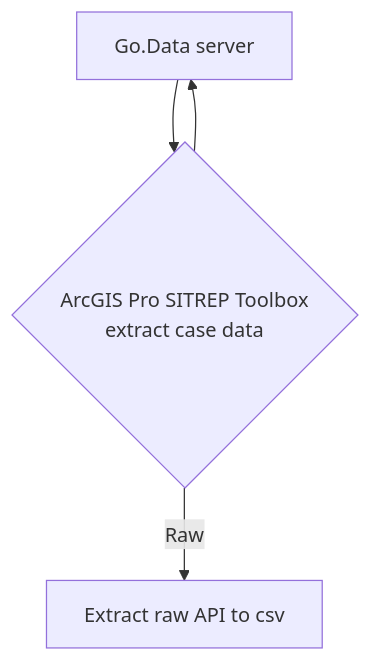
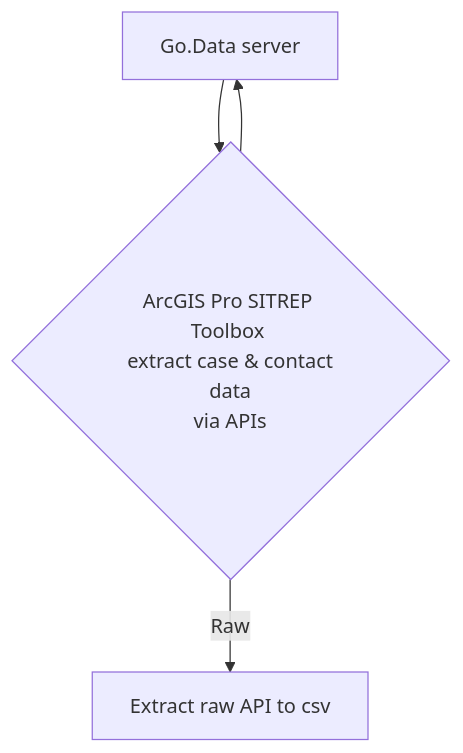
The diagram in README.md (LangsterGA/mermaid), drawn with Mermaid before and after one commit.

````diff
--- a/README.md
+++ b/README.md
@@ -3,6 +3,6 @@
 ```mermaid
   graph TD
-    A[Go.Data server]--> B{ArcGIS Pro SITREP Toolbox <br/> extract case data};
+    A[Go.Data server]--> B{ArcGIS Pro SITREP Toolbox <br/> extract case & contact data<br/>via APIs};
     B-->A
     B -->|Raw| C[Extract raw API to csv];
 ```
````
